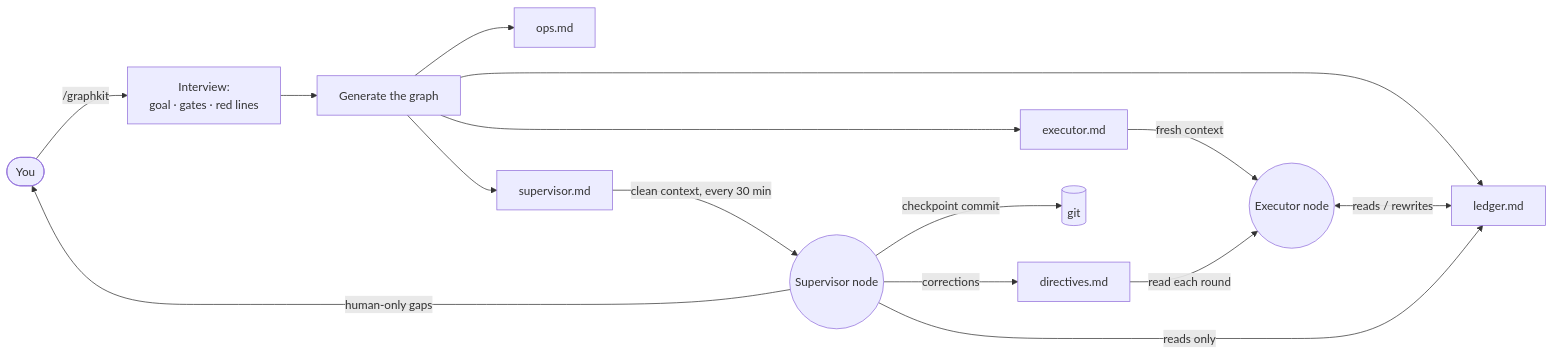
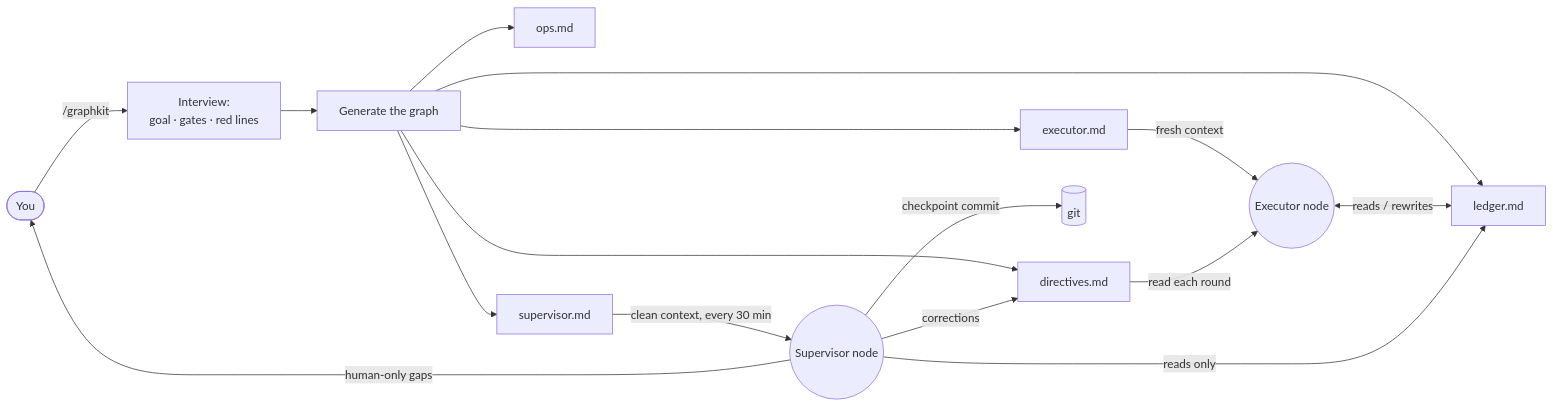
Before and after one commit to levi-qiao/graphkit: the diagram in README.md, drawn with Mermaid. The commit also changed other lines of this file and 8 other files, not shown here.

First line of the commit message:
feat: fixed per-run directory .graphkit/<date-slug>/ + seeded directives template

````diff
--- a/README.md
+++ b/README.md
@@ -50,17 +50,18 @@
 ```mermaid
 flowchart LR
     U([You]) -->|"/graphkit"| I[Interview:<br/>goal · gates · red lines]
     I --> G[Generate the graph]
     G --> EX[executor.md]
     G --> LG[ledger.md]
+    G --> DIR[directives.md]
     G --> OPS[ops.md]
     G --> SV[supervisor.md]
     EX -->|fresh context| EXE((Executor node))
     EXE <-->|reads / rewrites| LG
     SV -->|clean context, every 30 min| SUP((Supervisor node))
     SUP -->|reads only| LG
-    SUP -->|corrections| DIR[directives.md]
+    SUP -->|corrections| DIR
     DIR -->|read each round| EXE
     SUP -->|checkpoint commit| GIT[(git)]
     SUP -->|human-only gaps| U
 ```
````
